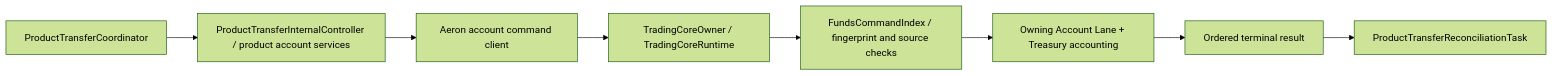
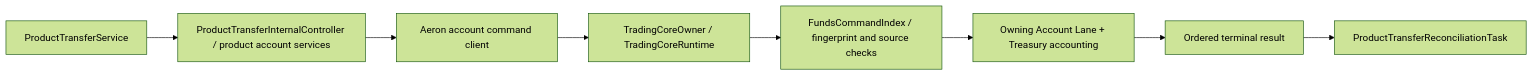
Diagram 11 of 15 in README.md (lilaizhencn/surprising-ex), drawn with Mermaid (forest theme) before and after one commit. The commit also changed other lines of this file and 14 other files, not shown here.

First line of the commit message:
docs(aeron): align architecture docs with the current order path

````diff
--- a/README.md
+++ b/README.md
@@ -274,10 +273,10 @@
 ```mermaid
 flowchart LR
-    Coordinator[ProductTransferCoordinator] --> Product[ProductTransferInternalController / product account services]
+    Transfer[ProductTransferService] --> Product[ProductTransferInternalController / product account services]
     Product --> Client[Aeron account command client]
     Client --> Core[TradingCoreOwner / TradingCoreRuntime]
     Core --> Identity[FundsCommandIndex / fingerprint and source checks]
     Identity --> Account[Owning Account Lane + Treasury accounting]
     Account --> Commit[Ordered terminal result]
     Commit --> Reconcile[ProductTransferReconciliationTask]
 ```
````
